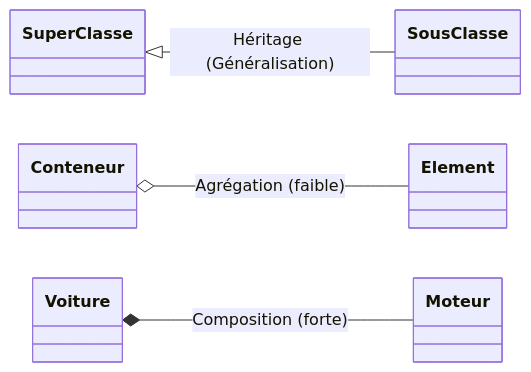
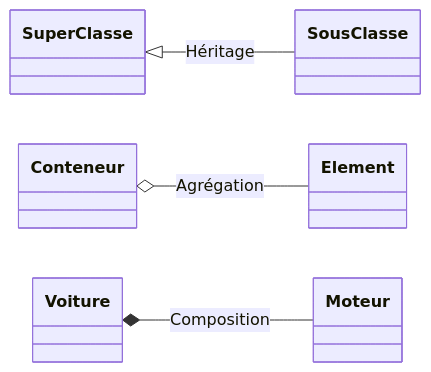
The second of 2 diagrams in ressources/cheatsheet-uml-ciel.md (CIEL2-JR-UML/template-ciel2-uml), drawn with Mermaid before and after one commit. The commit also changed 3 other files, not shown here.

Commit message:
fix(docs): ajout image SVG cycle en V et harmonisation des diagrammes

````diff
--- a/ressources/cheatsheet-uml-ciel.md
+++ b/ressources/cheatsheet-uml-ciel.md
@@ -56,14 +56,14 @@
 ```mermaid
 classDiagram
     direction LR
     class SuperClasse
     class SousClasse
     class Conteneur
     class Element
     class Voiture
     class Moteur
 
-    SuperClasse <|-- SousClasse : Héritage (Généralisation)
-    Conteneur o-- Element : Agrégation (faible)
-    Voiture *-- Moteur : Composition (forte)
+    SuperClasse <|-- SousClasse : Héritage
+    Conteneur o-- Element : Agrégation
+    Voiture *-- Moteur : Composition
 ```
````
